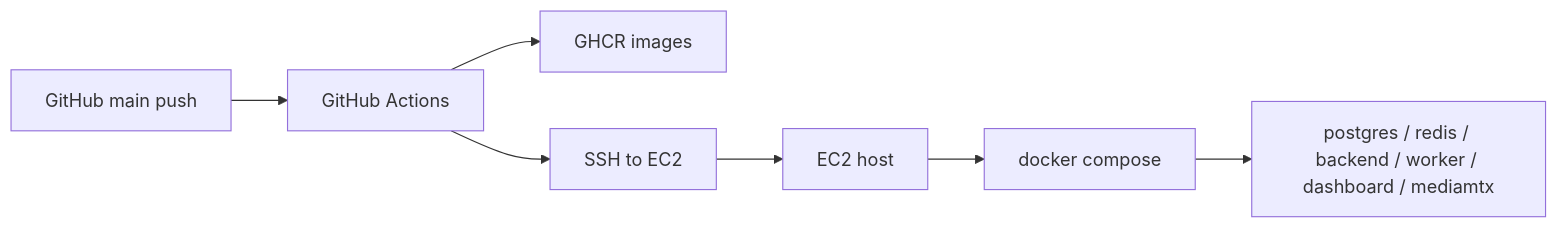
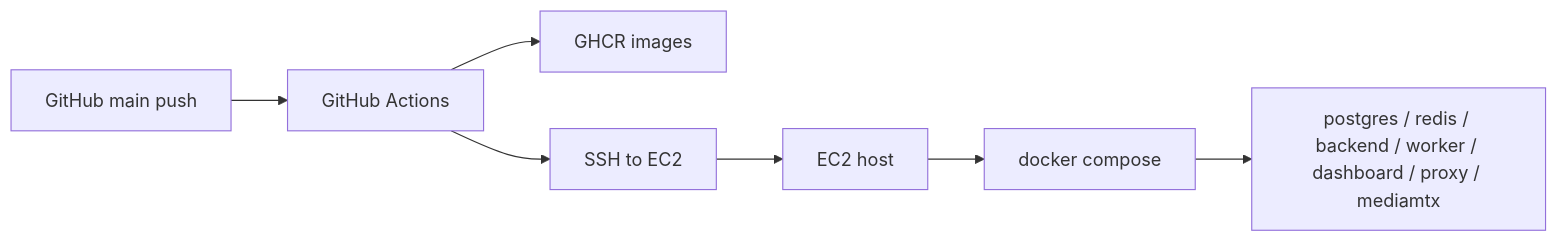
The diagram in docs/11. project_deploy.md (ego-flow/ego-flow-server), drawn with Mermaid before and after one commit. The commit also changed other lines of this file and 17 other files, not shown here.

Commit message:
feat(deploy): unify compose entrypoint and proxy stack

````diff
--- a/docs/11. project_deploy.md
+++ b/docs/11. project_deploy.md
@@ -176,9 +225,9 @@
 ```mermaid
 flowchart LR
     GitHub["GitHub main push"] --> Actions["GitHub Actions"]
     Actions --> GHCR["GHCR images"]
     Actions --> SSH["SSH to EC2"]
     SSH --> EC2["EC2 host"]
     EC2 --> Compose["docker compose"]
-    Compose --> Services["postgres / redis / backend / worker / dashboard / mediamtx"]
+    Compose --> Services["postgres / redis / backend / worker / dashboard / proxy / mediamtx"]
 ```
````
